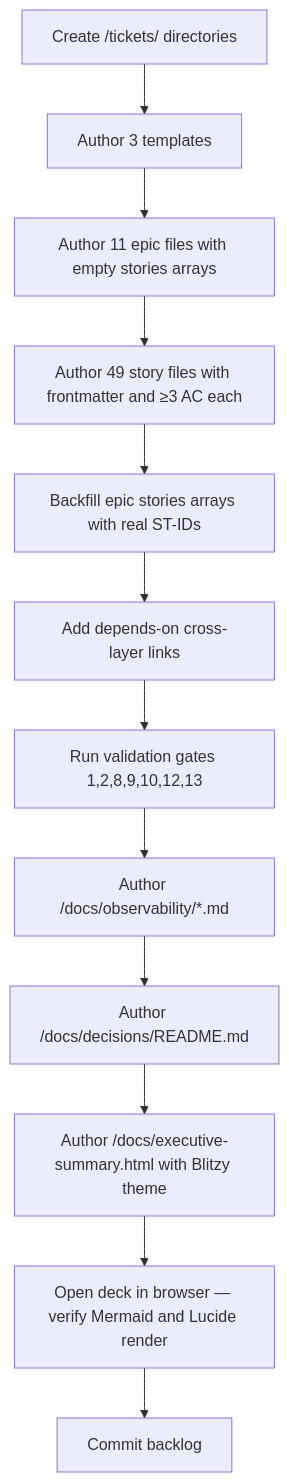
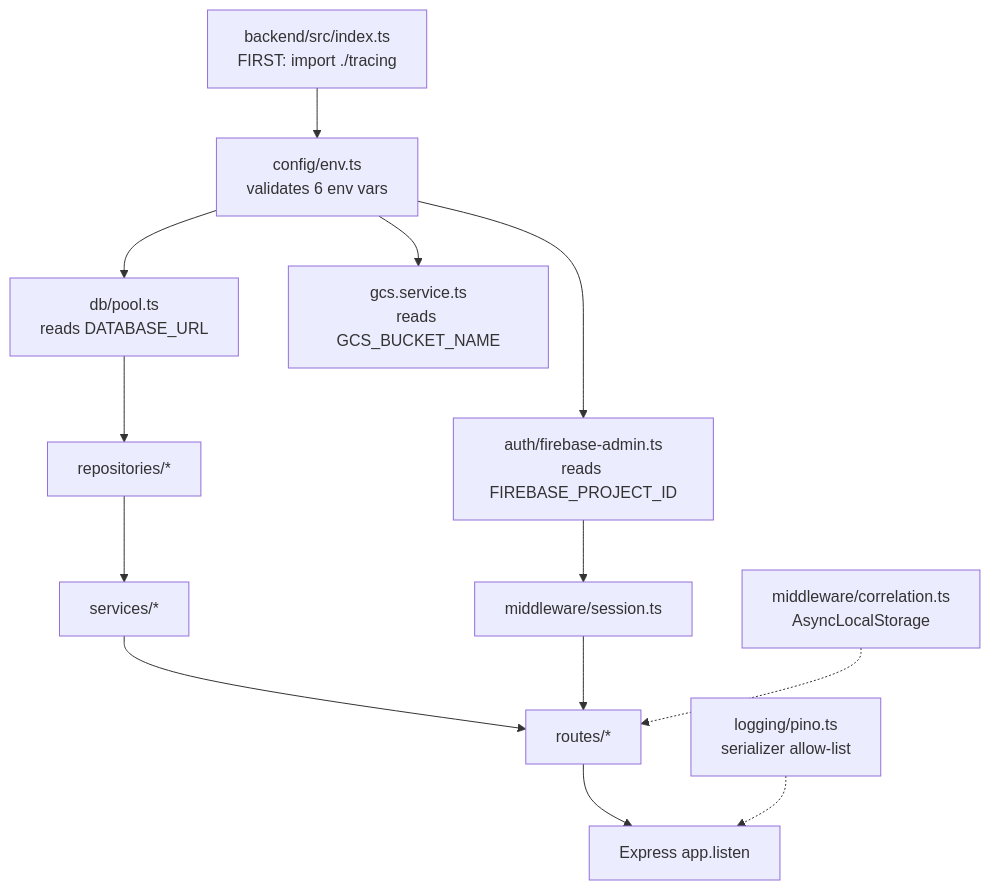
One commit to Blitzy-Sandbox/blitzy-configurator changed the first of 2 diagrams in blitzy/documentation/Technical Specifications.md. Above: the diagram before and after it, drawn with Mermaid. The commit also changed other lines of this file, not shown here.

Commit message:
Adding Blitzy Technical Specifications

````diff
--- a/blitzy/documentation/Technical Specifications.md
+++ b/blitzy/documentation/Technical Specifications.md
@@ -684,14 +476,15 @@
 ```mermaid
 flowchart TD
-    A[Create /tickets/ directories] --> B[Author 3 templates]
-    B --> C[Author 11 epic files with empty stories arrays]
-    C --> D[Author 49 story files with frontmatter and ≥3 AC each]
-    D --> E[Backfill epic stories arrays with real ST-IDs]
-    E --> F[Add depends-on cross-layer links]
-    F --> G[Run validation gates 1,2,8,9,10,12,13]
-    G --> H[Author /docs/observability/*.md]
-    H --> I[Author /docs/decisions/README.md]
-    I --> J[Author /docs/executive-summary.html with Blitzy theme]
-    J --> K[Open deck in browser — verify Mermaid and Lucide render]
-    K --> L[Commit backlog]
+    A[backend/src/index.ts<br/>FIRST: import ./tracing] --> B[config/env.ts<br/>validates 6 env vars]
+    B --> C[db/pool.ts<br/>reads DATABASE_URL]
+    B --> D[auth/firebase-admin.ts<br/>reads FIREBASE_PROJECT_ID]
+    B --> E[gcs.service.ts<br/>reads GCS_BUCKET_NAME]
+    C --> F[repositories/*]
+    D --> G[middleware/session.ts]
+    F --> H[services/*]
+    H --> I[routes/*]
+    G --> I
+    I --> J[Express app.listen]
+    K[middleware/correlation.ts<br/>AsyncLocalStorage] -.-> I
+    L[logging/pino.ts<br/>serializer allow-list] -.-> J
 ```
````
